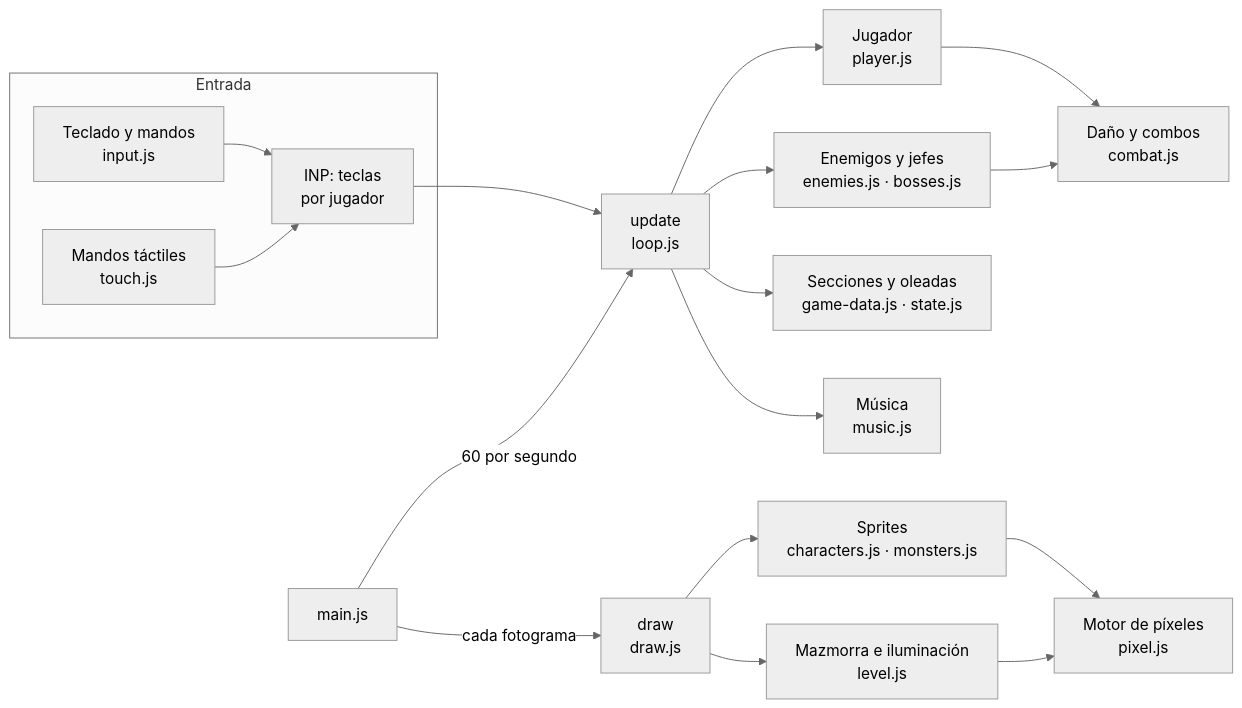
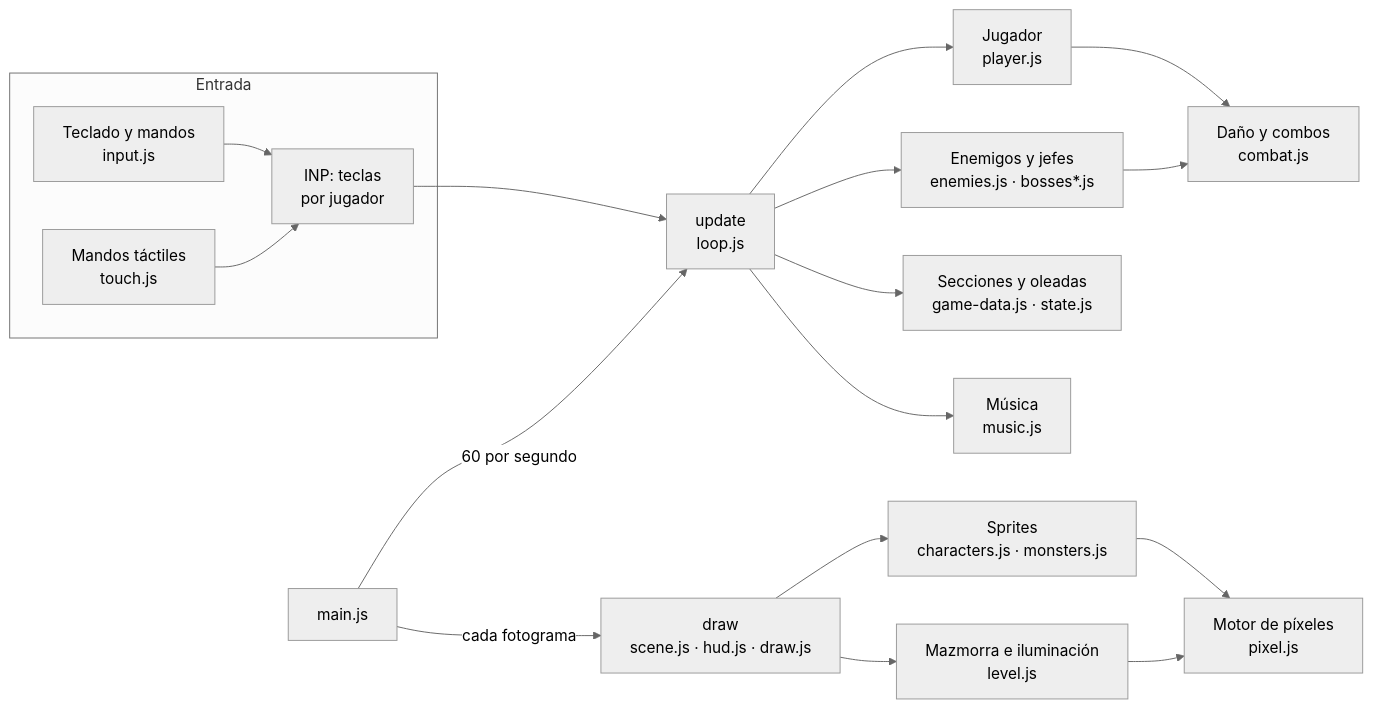
One commit to serbenda/dungeons-and-deployments changed the first of 2 diagrams in docs/arquitectura.md. Above: the diagram before and after it, drawn with Mermaid (neutral theme). The commit also changed other lines of this file and 10 other files, not shown here.

Commit message:
Parte bosses.js y draw.js por etapa y por función; versión 0.8.1

````diff
--- a/docs/arquitectura.md
+++ b/docs/arquitectura.md
@@ -7,20 +7,20 @@
 ```mermaid
 flowchart LR
   subgraph Entrada
     K[Teclado y mandos<br>input.js] --> Q[INP: teclas<br>por jugador]
     T[Mandos táctiles<br>touch.js] --> Q
   end
   Q --> U[update<br>loop.js]
   U --> PL[Jugador<br>player.js]
-  U --> EN[Enemigos y jefes<br>enemies.js · bosses.js]
+  U --> EN[Enemigos y jefes<br>enemies.js · bosses*.js]
   PL --> CB[Daño y combos<br>combat.js]
   EN --> CB
   U --> SEC[Secciones y oleadas<br>game-data.js · state.js]
   U --> MU[Música<br>music.js]
-  D[draw<br>draw.js] --> LV[Mazmorra e iluminación<br>level.js]
+  D[draw<br>scene.js · hud.js · draw.js] --> LV[Mazmorra e iluminación<br>level.js]
   D --> SP[Sprites<br>characters.js · monsters.js]
   SP --> PX[Motor de píxeles<br>pixel.js]
   LV --> PX
   M[main.js] -->|60 por segundo| U
   M -->|cada fotograma| D
 ```
````
